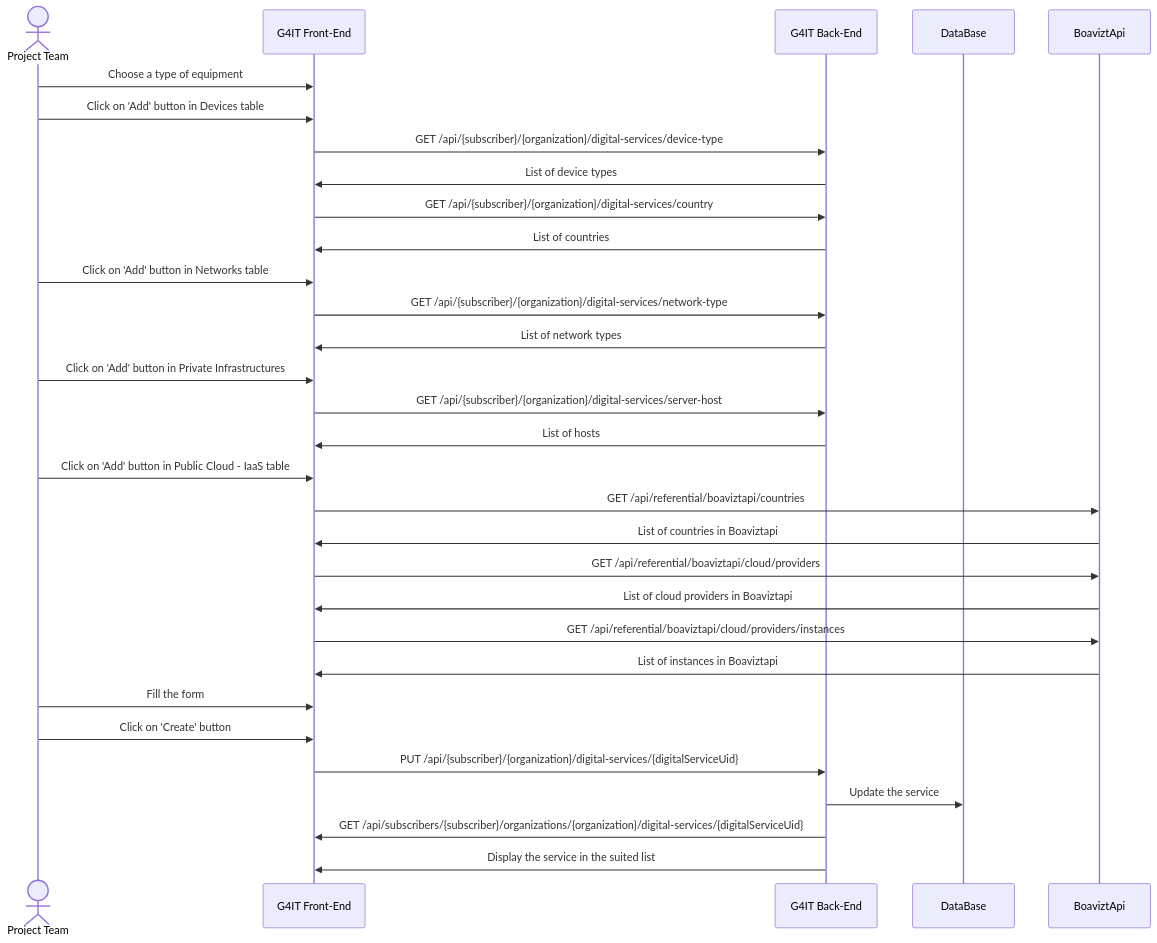
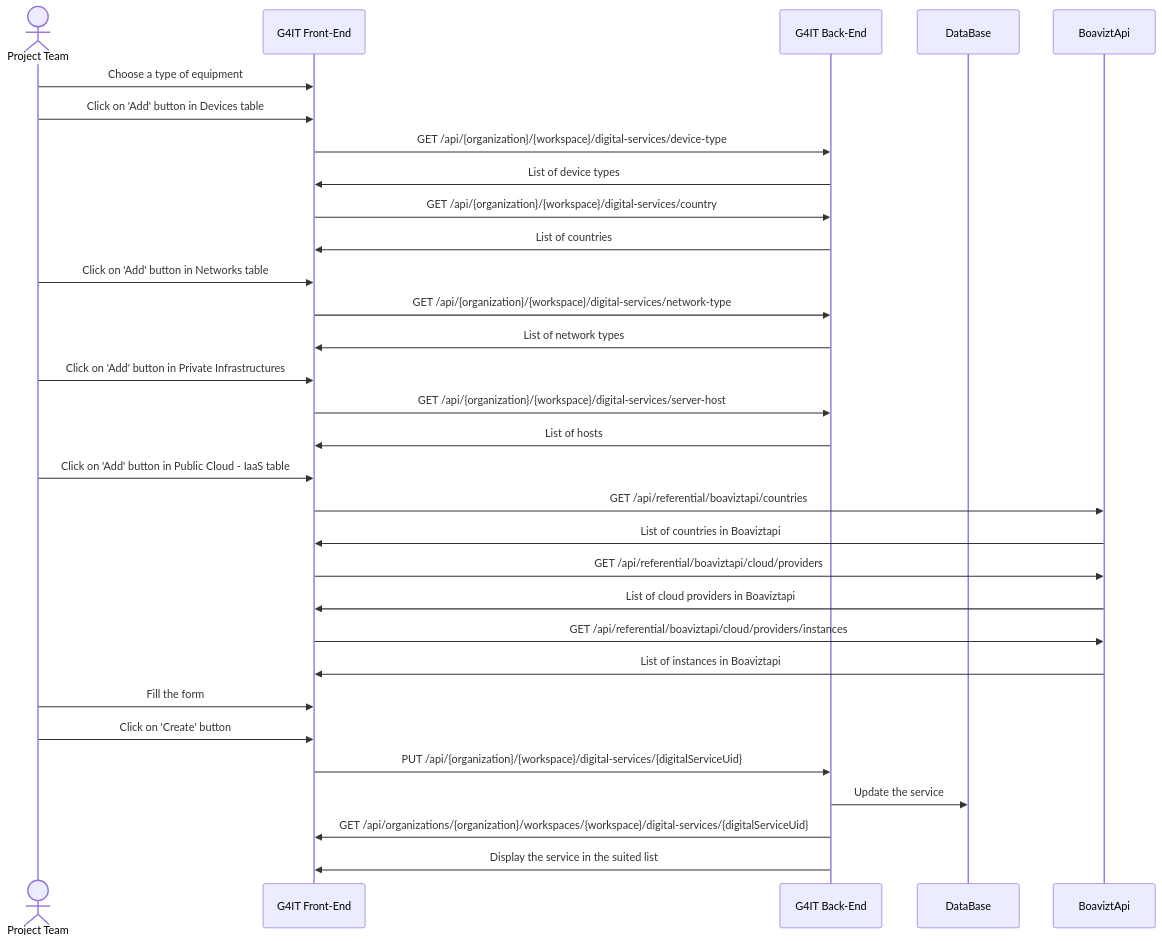
Before and after one commit to teamg4it/g4it: the second of 2 diagrams in services/documentation/content/2-functional-documentation/use_cases/uc_digital_services/uc3_add_visualize_equipments/_index.md, drawn with Mermaid. The commit also changed other lines of this file and 92 other files, not shown here.

```diff
--- a/services/documentation/content/2-functional-documentation/use_cases/uc_digital_services/uc3_add_visualize_equipments/_index.md
+++ b/services/documentation/content/2-functional-documentation/use_cases/uc_digital_services/uc3_add_visualize_equipments/_index.md
@@ -56,38 +56,38 @@
 {{< mermaid >}}
 sequenceDiagram
 actor RND as Project Team
 participant front as G4IT Front-End
 participant back as G4IT Back-End
 participant DataBase
 participant BoaviztApi
 
 RND ->> front: Choose a type of equipment
 RND ->> front: Click on 'Add' button in Devices table
-front ->> back: GET /api/{subscriber}/{organization}/digital-services/device-type
+front ->> back: GET /api/{organization}/{workspace}/digital-services/device-type
 back ->> front: List of device types
-front ->> back: GET /api/{subscriber}/{organization}/digital-services/country
+front ->> back: GET /api/{organization}/{workspace}/digital-services/country
 back ->> front: List of countries
 RND ->> front: Click on 'Add' button in Networks table
-front ->> back: GET /api/{subscriber}/{organization}/digital-services/network-type
+front ->> back: GET /api/{organization}/{workspace}/digital-services/network-type
 back ->> front: List of network types
 RND ->> front: Click on 'Add' button in Private Infrastructures
-front ->> back: GET /api/{subscriber}/{organization}/digital-services/server-host
+front ->> back: GET /api/{organization}/{workspace}/digital-services/server-host
 back ->> front: List of hosts
 
 RND ->> front: Click on 'Add' button in Public Cloud - IaaS table
 front ->> BoaviztApi: GET /api/referential/boaviztapi/countries
 BoaviztApi ->> front: List of countries in Boaviztapi
 front ->> BoaviztApi: GET /api/referential/boaviztapi/cloud/providers
 BoaviztApi ->> front: List of cloud providers in Boaviztapi
 front ->> BoaviztApi: GET /api/referential/boaviztapi/cloud/providers/instances
 BoaviztApi ->> front: List of instances in Boaviztapi
 
 RND ->> front: Fill the form
 RND ->> front: Click on 'Create' button
-front ->> back: PUT /api/{subscriber}/{organization}/digital-services/{digitalServiceUid}
+front ->> back: PUT /api/{organization}/{workspace}/digital-services/{digitalServiceUid}
 
 back ->> DataBase: Update the service
-back ->> front: GET /api/subscribers/{subscriber}/organizations/{organization}/digital-services/{digitalServiceUid}
+back ->> front: GET /api/organizations/{organization}/workspaces/{workspace}/digital-services/{digitalServiceUid}
 back ->> front: Display the service in the suited list
 
 {{< /mermaid >}}
```
